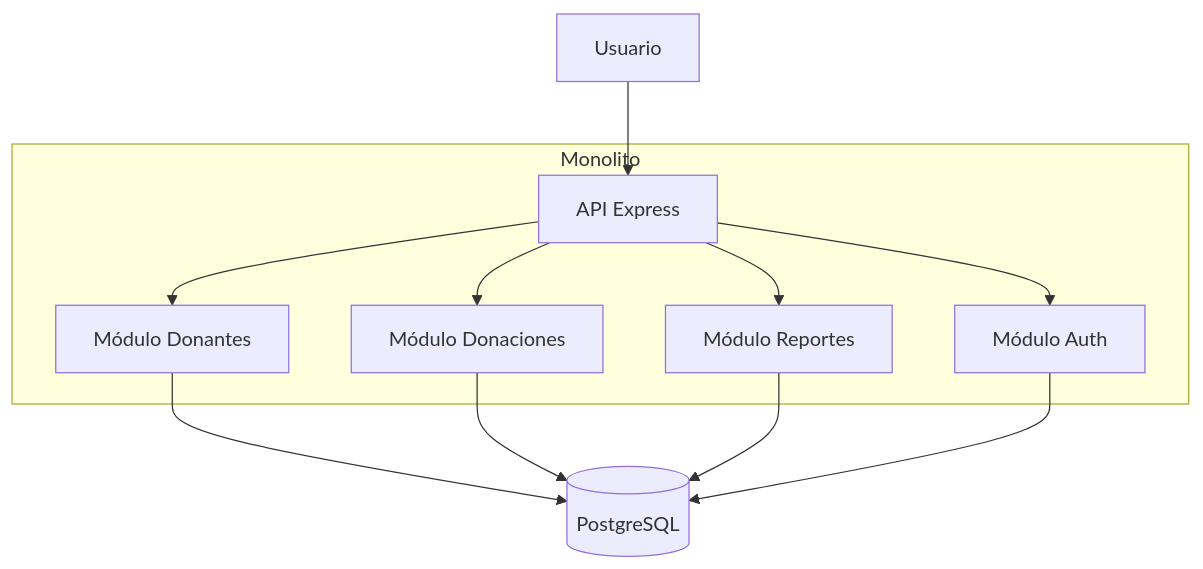
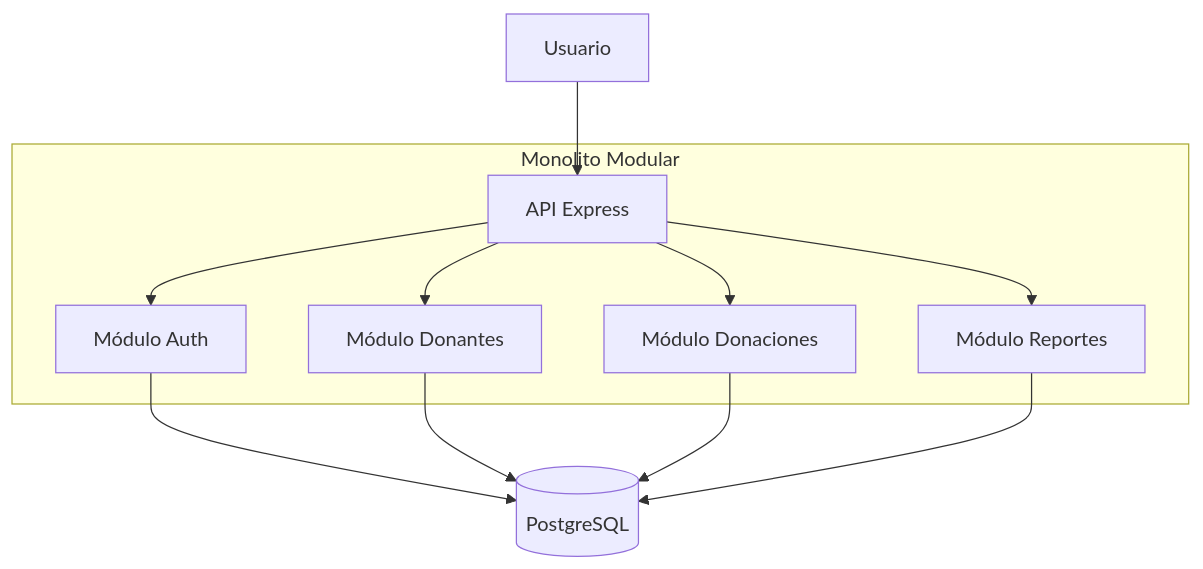
One commit to Umbingelelo/ejercicios-portafolio_titulo-001V changed the third of 14 diagrams in Ejercicio_6_Patrones_Arquitectura_y_Despliegue.md. Above: the diagram before and after it, drawn with Mermaid. The commit also changed other lines of this file, not shown here.

````diff
--- a/Ejercicio_6_Patrones_Arquitectura_y_Despliegue.md
+++ b/Ejercicio_6_Patrones_Arquitectura_y_Despliegue.md
@@ -1684,14 +1066,14 @@
 ```mermaid
 flowchart TB
     U[Usuario] --> API[API Express]
-    subgraph Monolito
-        API --> M1[Módulo Donantes]
-        API --> M2[Módulo Donaciones]
-        API --> M3[Módulo Reportes]
-        API --> M4[Módulo Auth]
+    subgraph "Monolito Modular"
+        API --> M1[Módulo Auth]
+        API --> M2[Módulo Donantes]
+        API --> M3[Módulo Donaciones]
+        API --> M4[Módulo Reportes]
     end
     M1 --> DB[(PostgreSQL)]
     M2 --> DB
     M3 --> DB
     M4 --> DB
 ```
````
